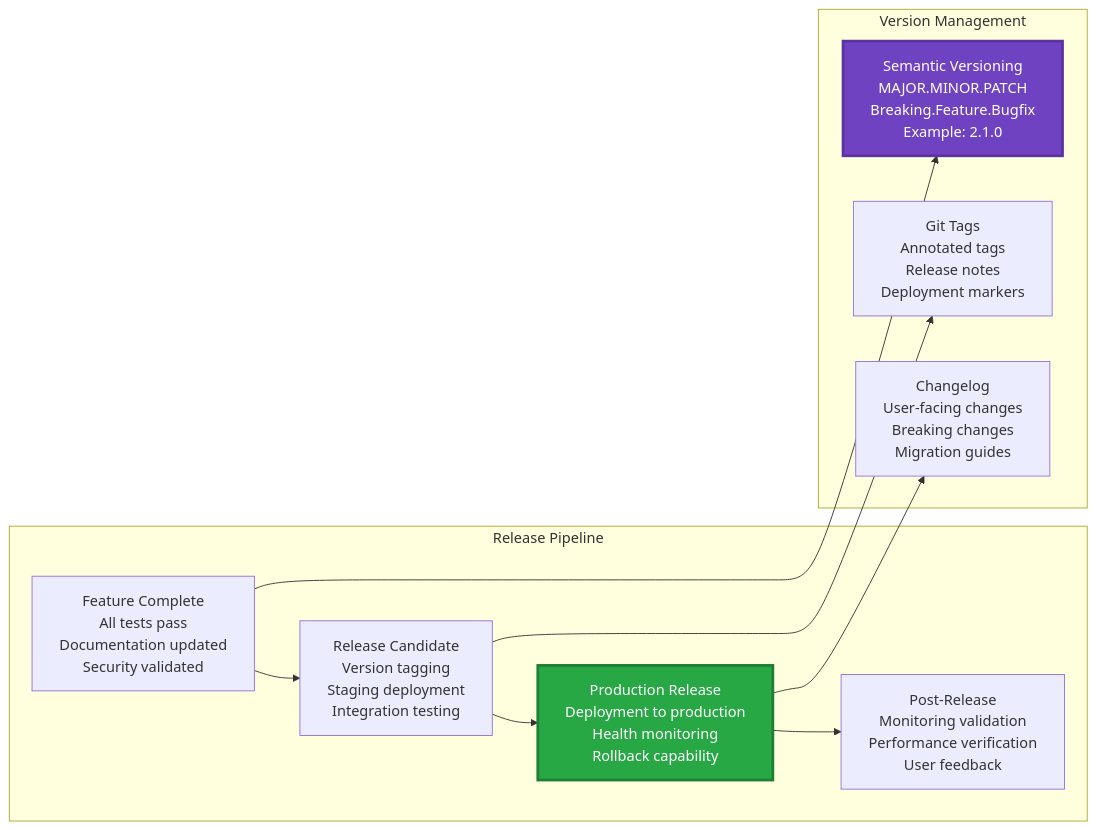
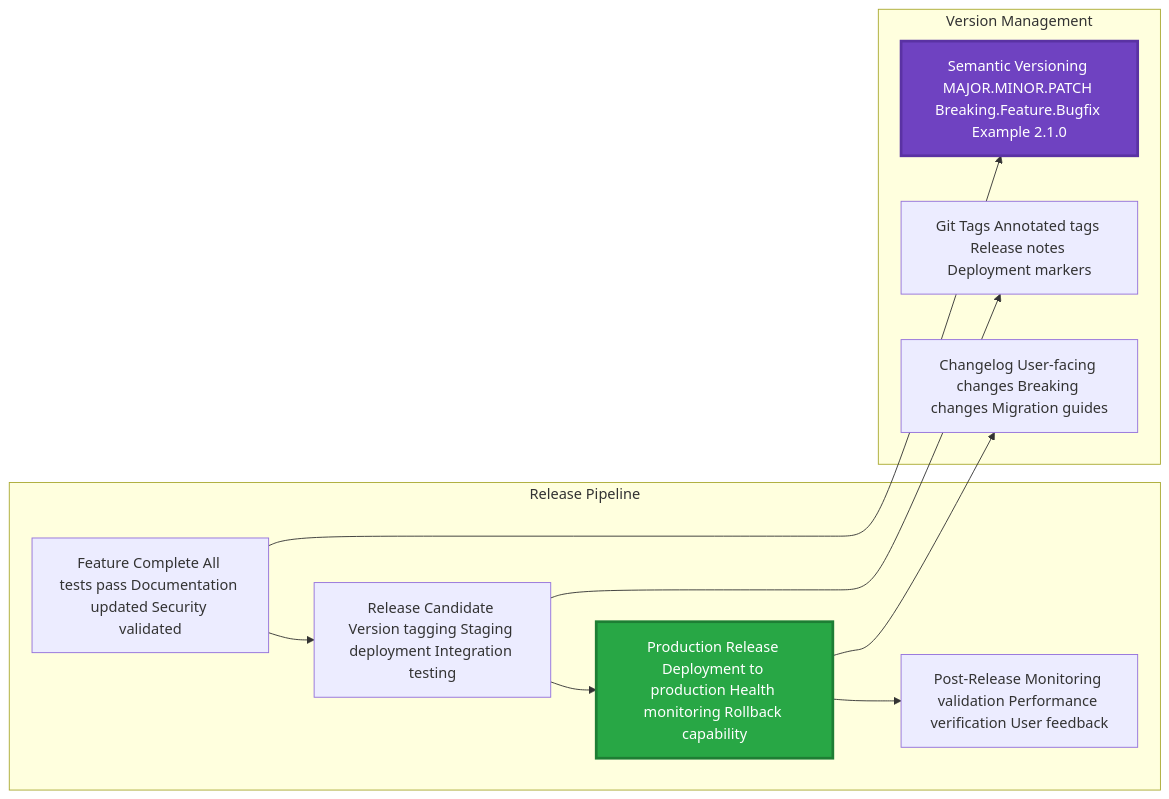
Before and after one commit to mangucletus/disaster-recovery-for-containerized-lamp-stack-application: diagram 20 of 20 in README.md, drawn with Mermaid. The commit also changed other lines of this file, not shown here.

````diff
--- a/README.md
+++ b/README.md
@@ -1606,26 +1608,26 @@
 ```mermaid
 graph LR
     subgraph "Release Pipeline"
-        R1[Feature Complete<br/>All tests pass<br/>Documentation updated<br/>Security validated]
-        R2[Release Candidate<br/>Version tagging<br/>Staging deployment<br/>Integration testing]
-        R3[Production Release<br/>Deployment to production<br/>Health monitoring<br/>Rollback capability]
-        R4[Post-Release<br/>Monitoring validation<br/>Performance verification<br/>User feedback]
+        R1[Feature Complete All tests pass Documentation updated Security validated]
+        R2[Release Candidate Version tagging Staging deployment Integration testing]
+        R3[Production Release Deployment to production Health monitoring Rollback capability]
+        R4[Post-Release Monitoring validation Performance verification User feedback]
     end
     
     subgraph "Version Management"
-        V1[Semantic Versioning<br/>MAJOR.MINOR.PATCH<br/>Breaking.Feature.Bugfix<br/>Example: 2.1.0]
-        V2[Git Tags<br/>Annotated tags<br/>Release notes<br/>Deployment markers]
-        V3[Changelog<br/>User-facing changes<br/>Breaking changes<br/>Migration guides]
+        V1[Semantic Versioning MAJOR.MINOR.PATCH Breaking.Feature.Bugfix Example 2.1.0]
+        V2[Git Tags Annotated tags Release notes Deployment markers]
+        V3[Changelog User-facing changes Breaking changes Migration guides]
     end
     
     R1 --> R2
     R2 --> R3
     R3 --> R4
     
     R1 --> V1
     R2 --> V2
     R3 --> V3
     
     style R3 fill:#28a745,color:#ffffff,stroke:#1e7e34,stroke-width:3px
     style V1 fill:#6f42c1,color:#ffffff,stroke:#5a32a3,stroke-width:3px
 ```
````
